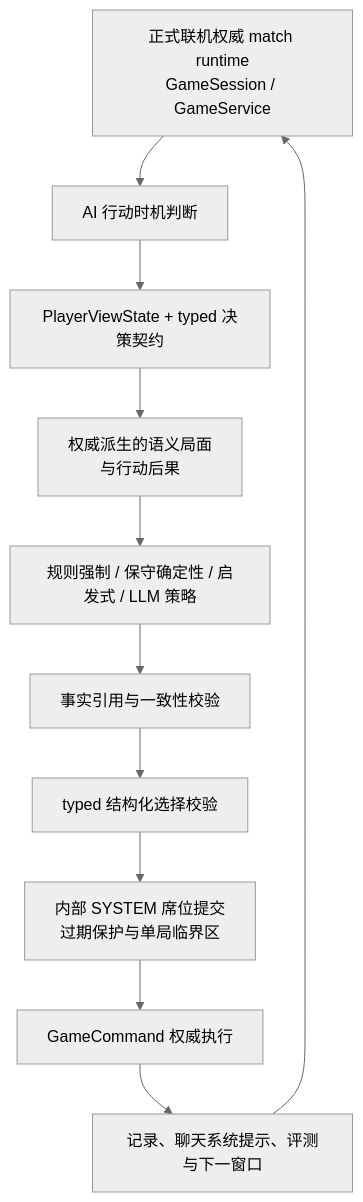
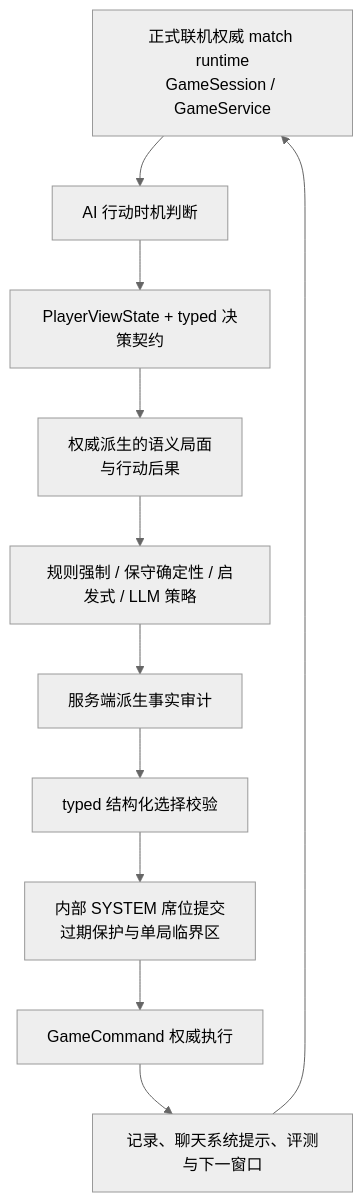
Before and after one commit to catmeow123456/loveca-dev: the first of 2 diagrams in docs/ai-battle/design-and-implementation.md, drawn with Mermaid (neutral theme). The commit also changed other lines of this file and 53 other files, not shown here.

````diff
--- a/docs/ai-battle/design-and-implementation.md
+++ b/docs/ai-battle/design-and-implementation.md
@@ -192,24 +192,24 @@
 ```mermaid
 flowchart TD
     Authority[正式联机权威 match runtime<br/>GameSession / GameService]
     Timing[AI 行动时机判断]
     Contract[PlayerViewState + typed 决策契约]
     Semantics[权威派生的语义局面<br/>与行动后果]
     Strategy[规则强制 / 保守确定性 / 启发式 / LLM 策略]
-    Grounding[事实引用与一致性校验]
+    Grounding[服务端派生事实审计]
     Validate[typed 结构化选择校验]
     Submit[内部 SYSTEM 席位提交<br/>过期保护与单局临界区]
     Command[GameCommand 权威执行]
     Observe[记录、聊天系统提示、评测与下一窗口]
 
     Authority --> Timing
     Timing --> Contract
     Contract --> Semantics
     Semantics --> Strategy
     Strategy --> Grounding
     Grounding --> Validate
     Validate --> Submit
     Submit --> Command
     Command --> Observe
     Observe --> Authority
 ```
````
